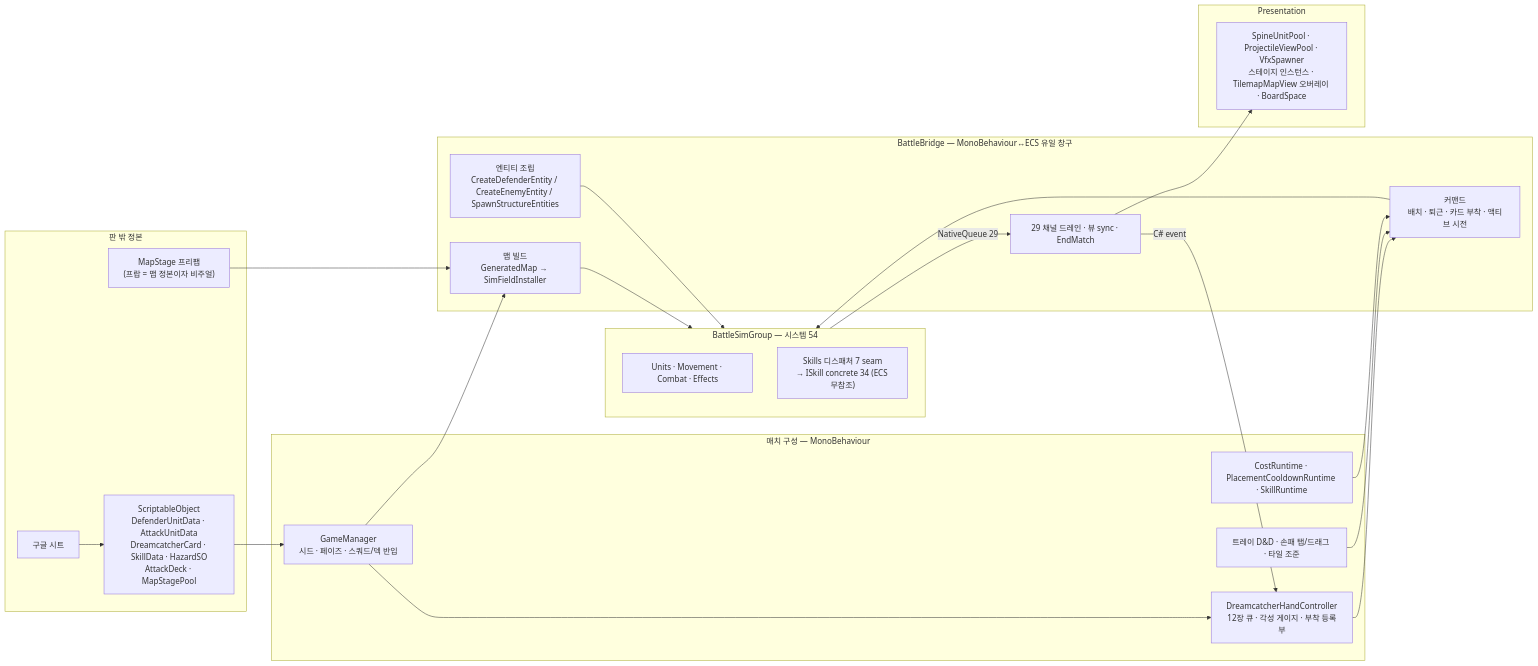
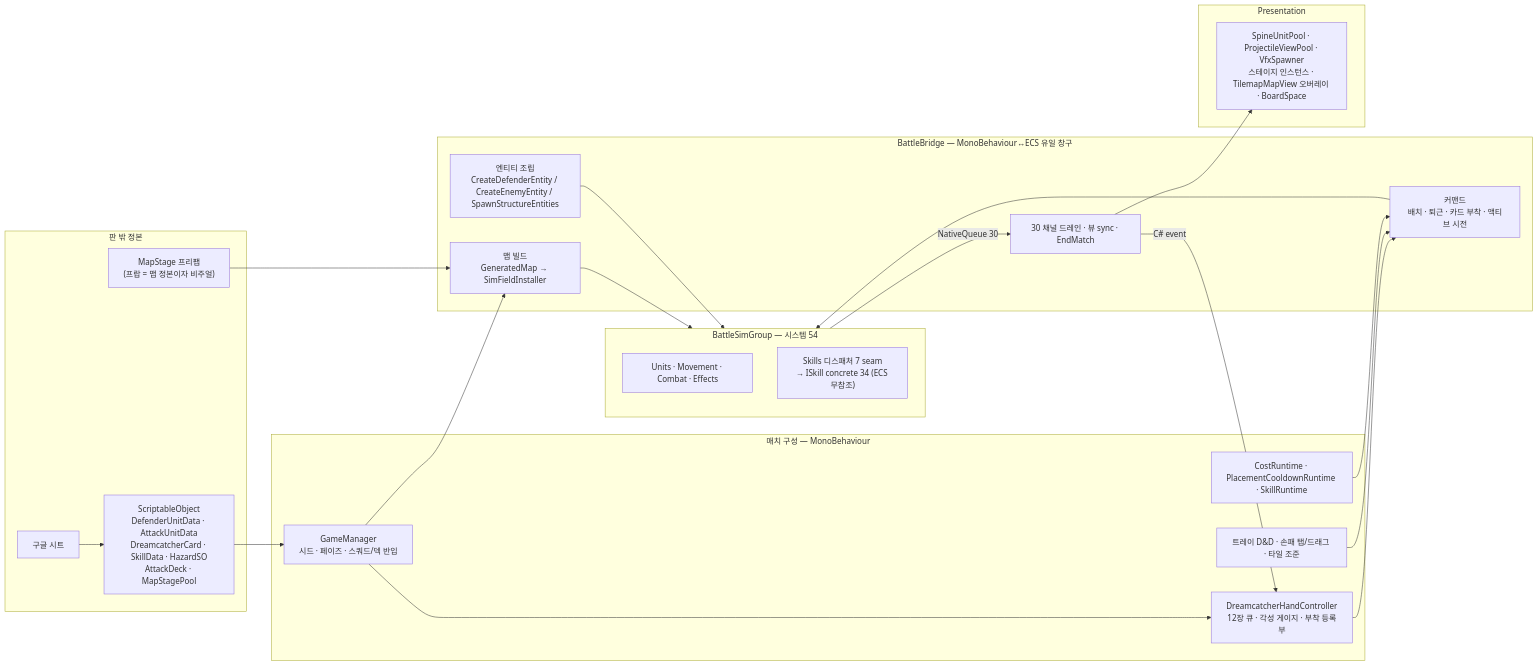
One commit to wasssupman/dreamsquad-demo changed the first of 2 diagrams in docs/reference/battle-core-architecture.md. Above: the diagram before and after it, drawn with Mermaid. The commit also changed other lines of this file and 60 other files, not shown here.

````diff
--- a/docs/reference/battle-core-architecture.md
+++ b/docs/reference/battle-core-architecture.md
@@ -24,39 +24,39 @@
 ```mermaid
 flowchart LR
     subgraph OUT["판 밖 정본"]
         SHEET["구글 시트"] --> SO["ScriptableObject<br/>DefenderUnitData · AttackUnitData<br/>DreamcatcherCard · SkillData · HazardSO<br/>AttackDeck · MapStagePool"]
         STAGE["MapStage 프리팹<br/>(프랍 = 맵 정본이자 비주얼)"]
     end
     subgraph MONO["매치 구성 — MonoBehaviour"]
         GM["GameManager<br/>시드 · 페이즈 · 스쿼드/덱 반입"]
         HAND["DreamcatcherHandController<br/>12장 큐 · 각성 게이지 · 부착 등록부"]
         ECON["CostRuntime · PlacementCooldownRuntime · SkillRuntime"]
         INPUT["트레이 D&D · 손패 탭/드래그 · 타일 조준"]
     end
     subgraph BR["BattleBridge — MonoBehaviour↔ECS 유일 창구"]
         B1["맵 빌드<br/>GeneratedMap → SimFieldInstaller"]
         B2["엔티티 조립<br/>CreateDefenderEntity / CreateEnemyEntity / SpawnStructureEntities"]
         B3["커맨드<br/>배치 · 퇴근 · 카드 부착 · 액티브 시전"]
-        B4["29 채널 드레인 · 뷰 sync · EndMatch"]
+        B4["30 채널 드레인 · 뷰 sync · EndMatch"]
     end
     subgraph ECS["BattleSimGroup — 시스템 54"]
         CTX["Units · Movement · Combat · Effects"]
         SK["Skills 디스패처 7 seam<br/>→ ISkill concrete 34 (ECS 무참조)"]
     end
     subgraph VIEW["Presentation"]
         V["SpineUnitPool · ProjectileViewPool · VfxSpawner<br/>스테이지 인스턴스 · TilemapMapView 오버레이 · BoardSpace"]
     end
     SO --> GM
     STAGE --> B1
     GM --> B1
     GM --> HAND
     HAND --> B3
     INPUT --> B3
     ECON --> B3
     B1 --> ECS
     B2 --> ECS
     B3 --> ECS
-    ECS -- "NativeQueue 29" --> B4
+    ECS -- "NativeQueue 30" --> B4
     B4 --> V
     B4 -- "C# event" --> HAND
 ```
````
